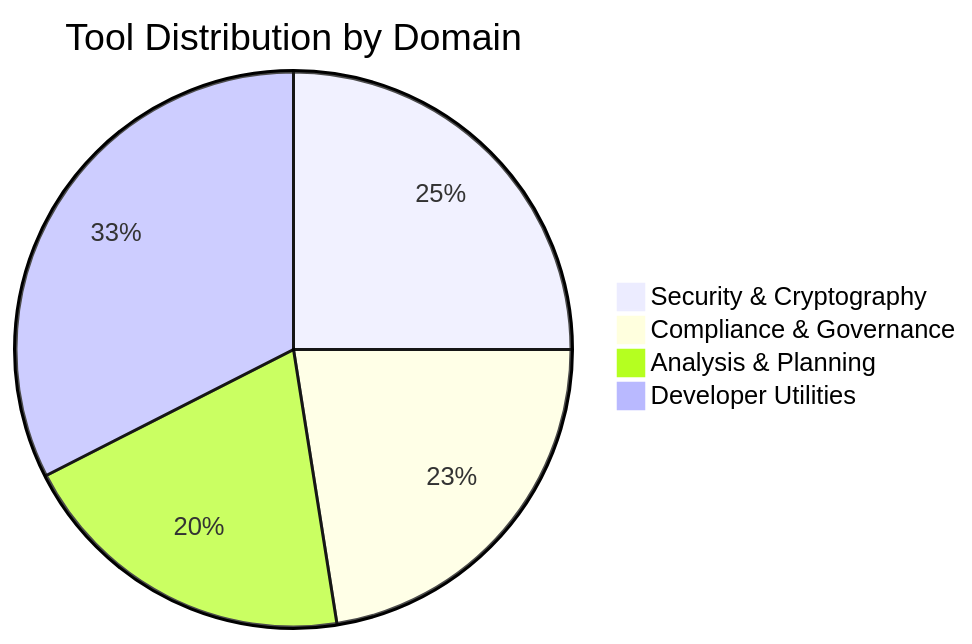
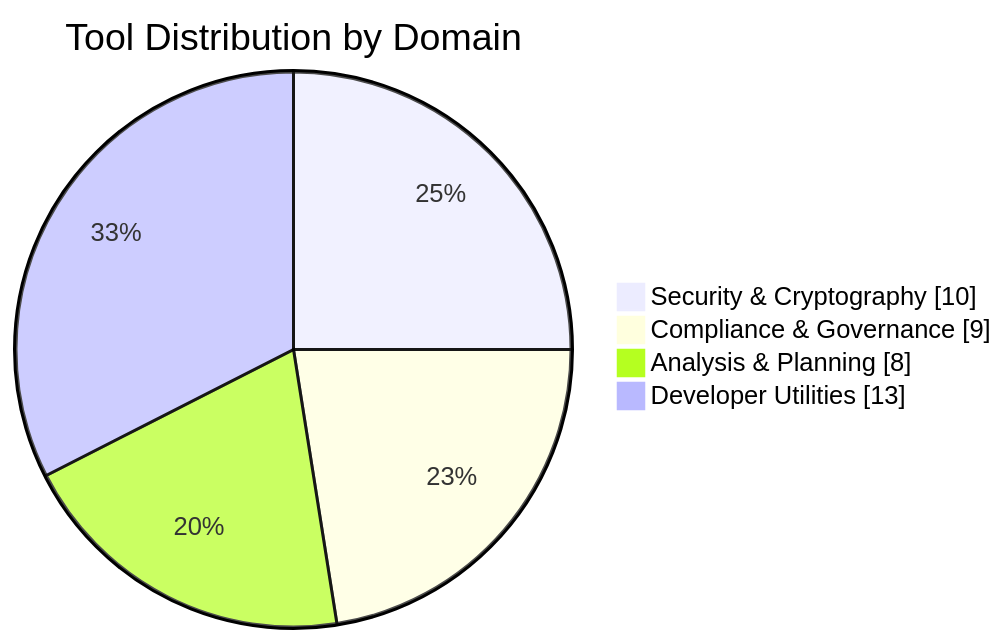
Before and after one commit to kleinnner/Anticloud: the second of 2 diagrams in wiki-content/Tools.md, drawn with Mermaid. The commit also changed 4 other files, not shown here.

First line of the commit message:
fix: restore stateDiagram-v2 and pie showData syntax

````diff
--- a/wiki-content/Tools.md
+++ b/wiki-content/Tools.md
@@ -73,8 +73,8 @@
 ```mermaid
-pie
+pie showData
     title Tool Distribution by Domain
     "Security & Cryptography" : 10
     "Compliance & Governance" : 9
     "Analysis & Planning" : 8
     "Developer Utilities" : 13
 ```
````
